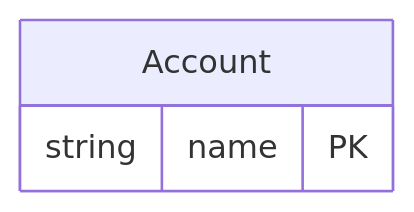
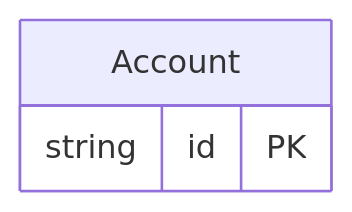
The diagram in plugin/generator/testdata/cases/reserved_words/golden/prisma/reserved_db/README.md (the-protobuf-project/orm), drawn with Mermaid before and after one commit. The commit also changed 135 other files, not shown here.

First line of the commit message:
feat: add PostgreSQL schemas and tables for fleet tracking and calendar app

````diff
--- a/plugin/generator/testdata/cases/reserved_words/golden/prisma/reserved_db/README.md
+++ b/plugin/generator/testdata/cases/reserved_words/golden/prisma/reserved_db/README.md
@@ -13,7 +13,7 @@
 ```mermaid
 erDiagram
     direction LR
     Account {
-        string name PK
+        string id PK
     }
 ```
````
